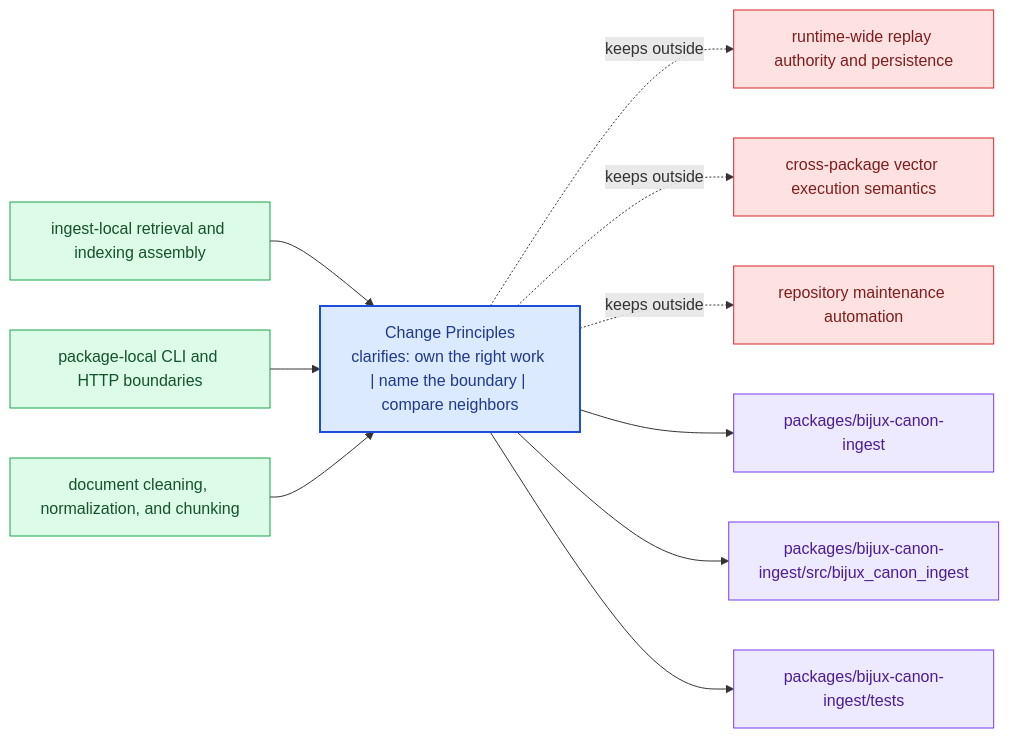
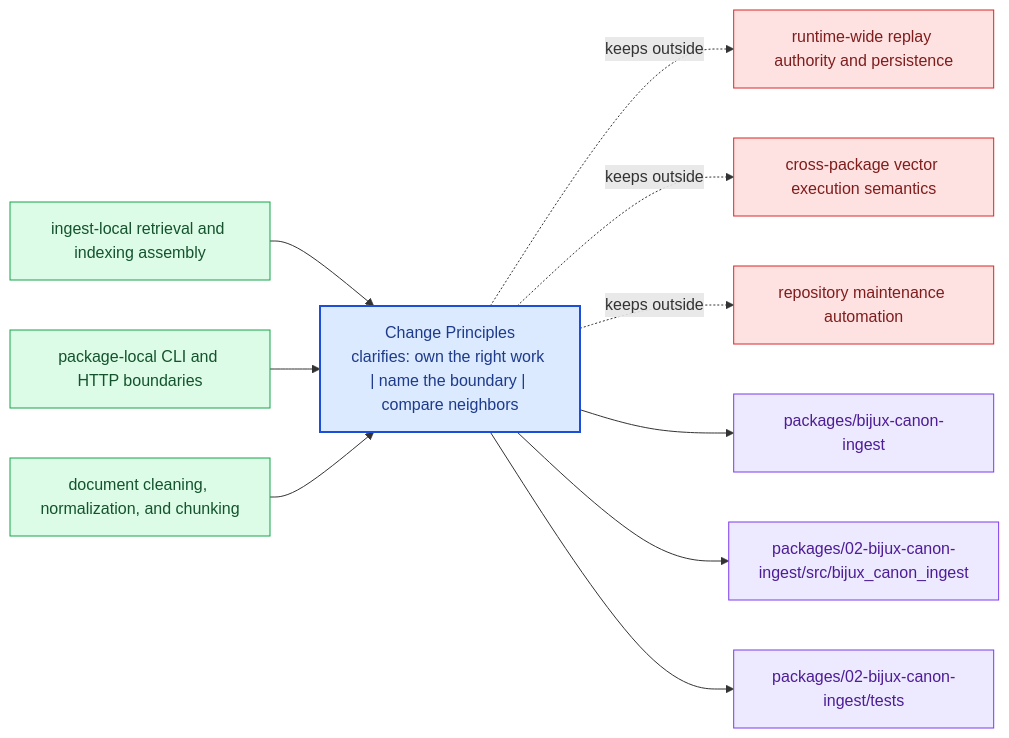
Before and after one commit to bijux/bijux-canon: the diagram in docs/02-bijux-canon-ingest/foundation/change-principles.md, drawn with Mermaid. The commit also changed other lines of this file and 167 other files, not shown here.

````diff
--- a/docs/02-bijux-canon-ingest/foundation/change-principles.md
+++ b/docs/02-bijux-canon-ingest/foundation/change-principles.md
@@ -24,31 +24,31 @@
 ```mermaid
 flowchart LR
     page["Change Principles<br/>clarifies: own the right work | name the boundary | compare neighbors"]
     classDef page fill:#dbeafe,stroke:#1d4ed8,color:#1e3a8a,stroke-width:2px;
     classDef positive fill:#dcfce7,stroke:#16a34a,color:#14532d;
     classDef caution fill:#fee2e2,stroke:#dc2626,color:#7f1d1d;
     classDef anchor fill:#ede9fe,stroke:#7c3aed,color:#4c1d95;
     classDef action fill:#fef3c7,stroke:#d97706,color:#7c2d12;
     own1["ingest-local retrieval and indexing assembly"]
     own1 --> page
     own2["package-local CLI and HTTP boundaries"]
     own2 --> page
     own3["document cleaning, normalization, and chunking"]
     own3 --> page
     limit1["runtime-wide replay authority and persistence"]
     page -.keeps outside.-> limit1
     limit2["cross-package vector execution semantics"]
     page -.keeps outside.-> limit2
     limit3["repository maintenance automation"]
     page -.keeps outside.-> limit3
     anchor1["packages/bijux-canon-ingest"]
     page --> anchor1
-    anchor2["packages/bijux-canon-ingest/src/bijux_canon_ingest"]
+    anchor2["packages/02-bijux-canon-ingest/src/bijux_canon_ingest"]
     page --> anchor2
-    anchor3["packages/bijux-canon-ingest/tests"]
+    anchor3["packages/02-bijux-canon-ingest/tests"]
     page --> anchor3
     class page page;
     class own1,own2,own3 positive;
     class limit1,limit2,limit3 caution;
     class anchor1,anchor2,anchor3 anchor;
 ```
````
